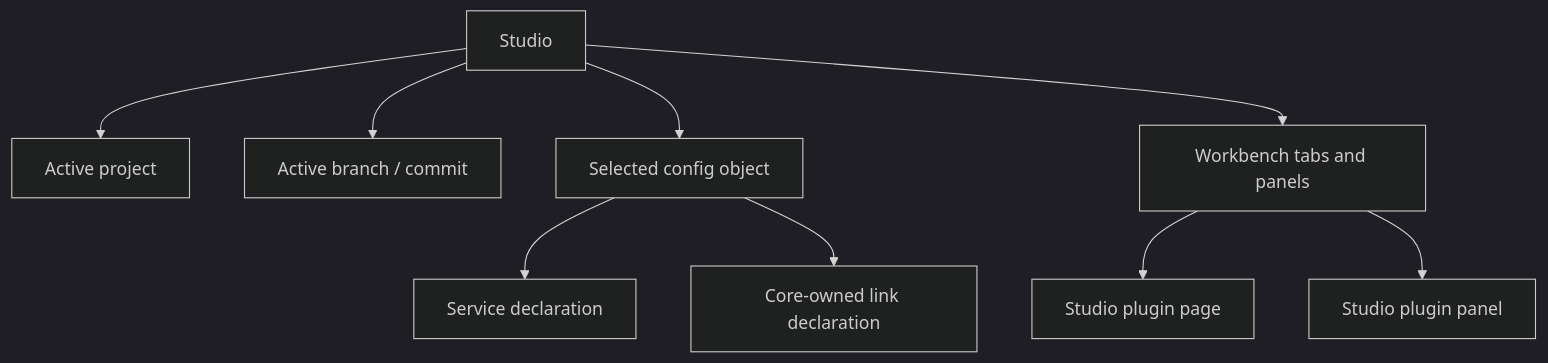
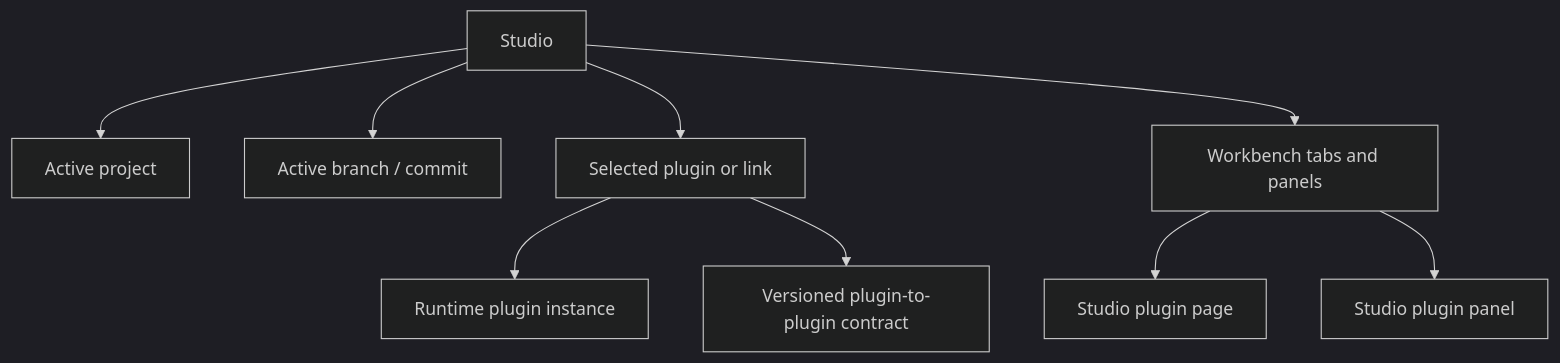
One commit to Liapoldus/studio changed the diagram in docs/product-model.md. Above: the diagram before and after it, drawn with Mermaid (dark theme). The commit also changed other lines of this file and 110 other files, not shown here.

````diff
--- a/docs/product-model.md
+++ b/docs/product-model.md
@@ -51,11 +54,11 @@
 ```mermaid
 flowchart TD
     S["Studio"] --> P["Active project"]
     S --> C["Active branch / commit"]
-    S --> O["Selected config object"]
+    S --> O["Selected plugin or link"]
     S --> T["Workbench tabs and panels"]
-    O --> N["Service declaration"]
-    O --> L["Core-owned link declaration"]
+    O --> N["Runtime plugin instance"]
+    O --> L["Versioned plugin-to-plugin contract"]
     T --> SP["Studio plugin page"]
     T --> DP["Studio plugin panel"]
 ```
````
